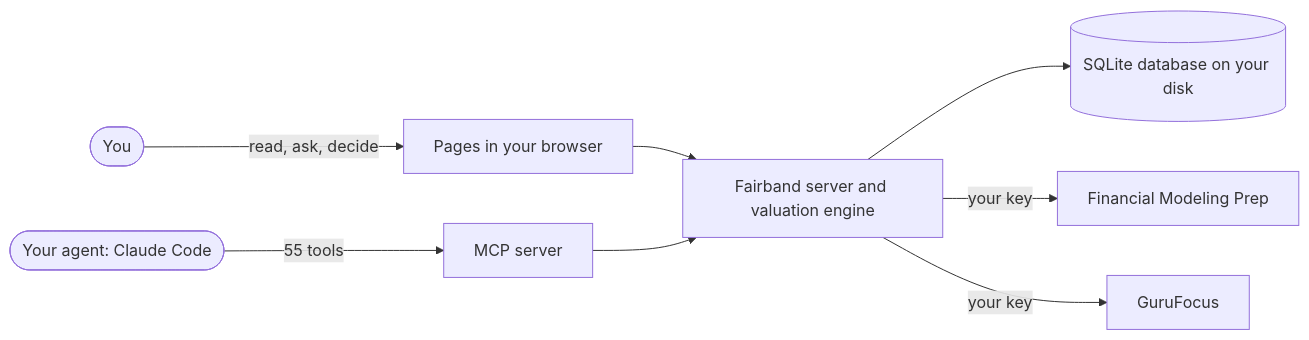
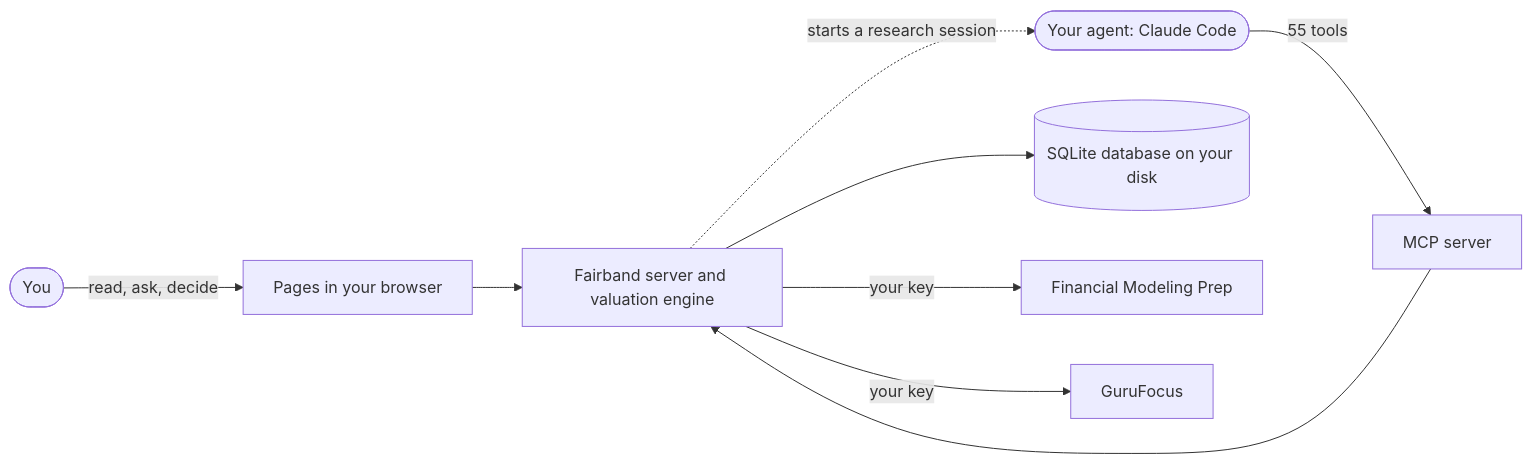
Before and after one commit to kabanami/fairband: the diagram in README.md, drawn with Mermaid.

Commit message:
Draw in the README's diagram a dotted line from the Fairband server to the agent, the research session the server starts on a request
Claude-Session: https://claude.ai/code/session_01K4pNFG1CiVM5AsnoG43eps

````diff
--- a/README.md
+++ b/README.md
@@ -14,10 +14,11 @@
 ```mermaid
 flowchart LR
     you(["You"]) -- "read, ask, decide" --> pages["Pages in your browser"]
     agent(["Your agent: Claude Code"]) -- "55 tools" --> mcp["MCP server"]
     pages --> server["Fairband server and valuation engine"]
     mcp --> server
+    server -. "starts a research session" .-> agent
     server --> db[("SQLite database on your disk")]
     server -- "your key" --> fmp["Financial Modeling Prep"]
     server -- "your key" --> gf["GuruFocus"]
 ```
````
